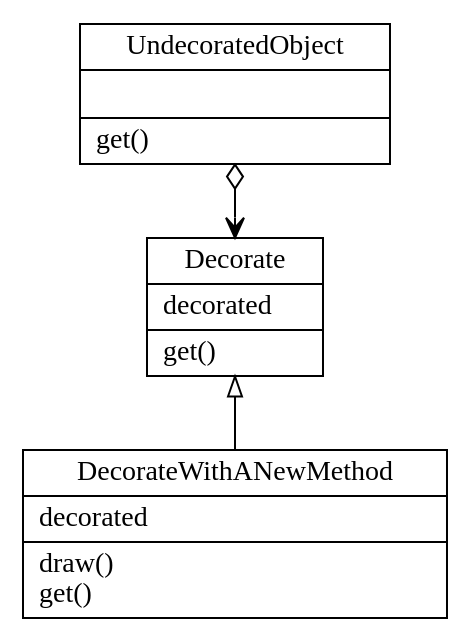
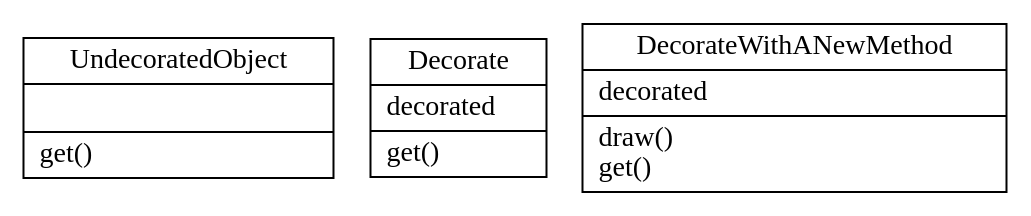
One commit to Sean-Bradley/Design-Patterns-In-Python changed the diagram in decorator/decorator.dot. Above: the diagram before and after it, drawn with Graphviz. The commit also changed 18 other files, not shown here.

```diff
--- a/decorator/decorator.dot
+++ b/decorator/decorator.dot
@@ -1,10 +1,9 @@
 digraph "classes" {
 charset="utf-8"
 rankdir=BT
 "0" [label="{UndecoratedObject|\l|get()\l}", shape="record"];
 "1" [label="{Decorate|decorated\l|get()\l}", shape="record"];
 "2" [label="{DecorateWithANewMethod|decorated\l|draw()\lget()\l}", shape="record"];
 
-"2" -> "1" [arrowhead="empty", arrowtail="none"];
-"1" -> "0" [arrowhead="ediamond", arrowtail="vee", dir="both"];
+
 }
```
